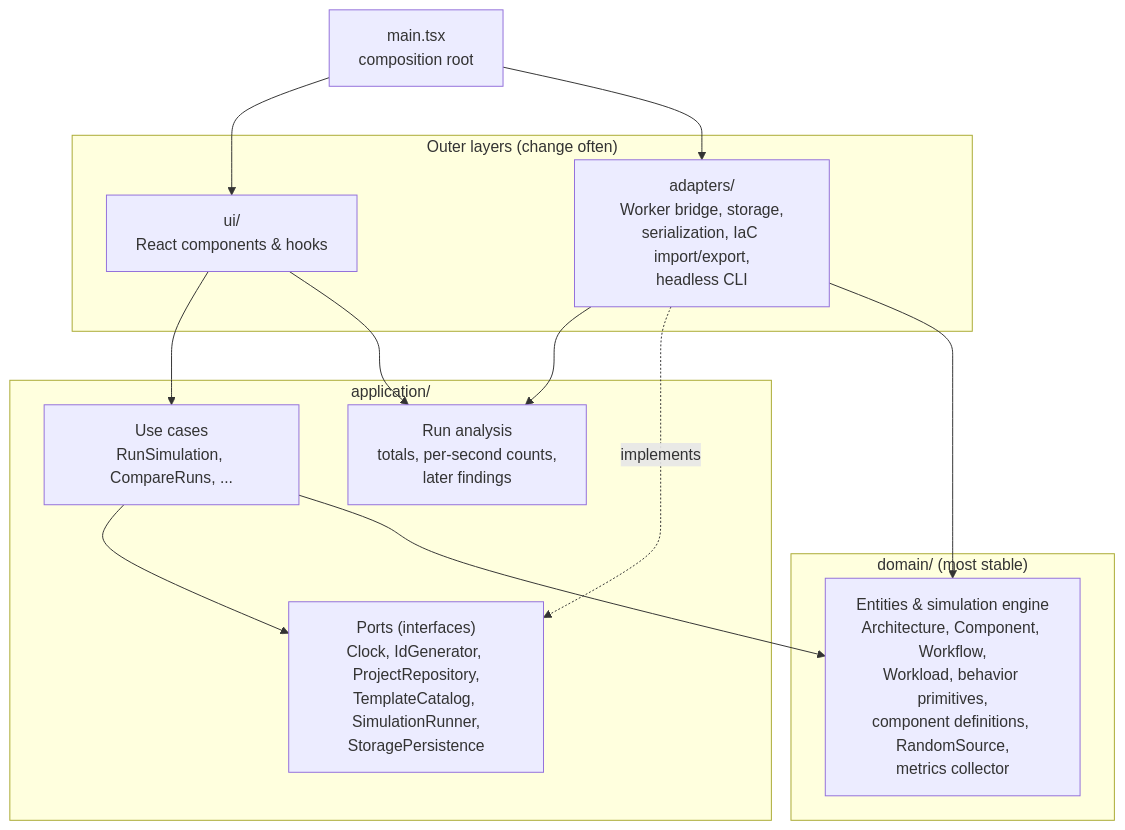
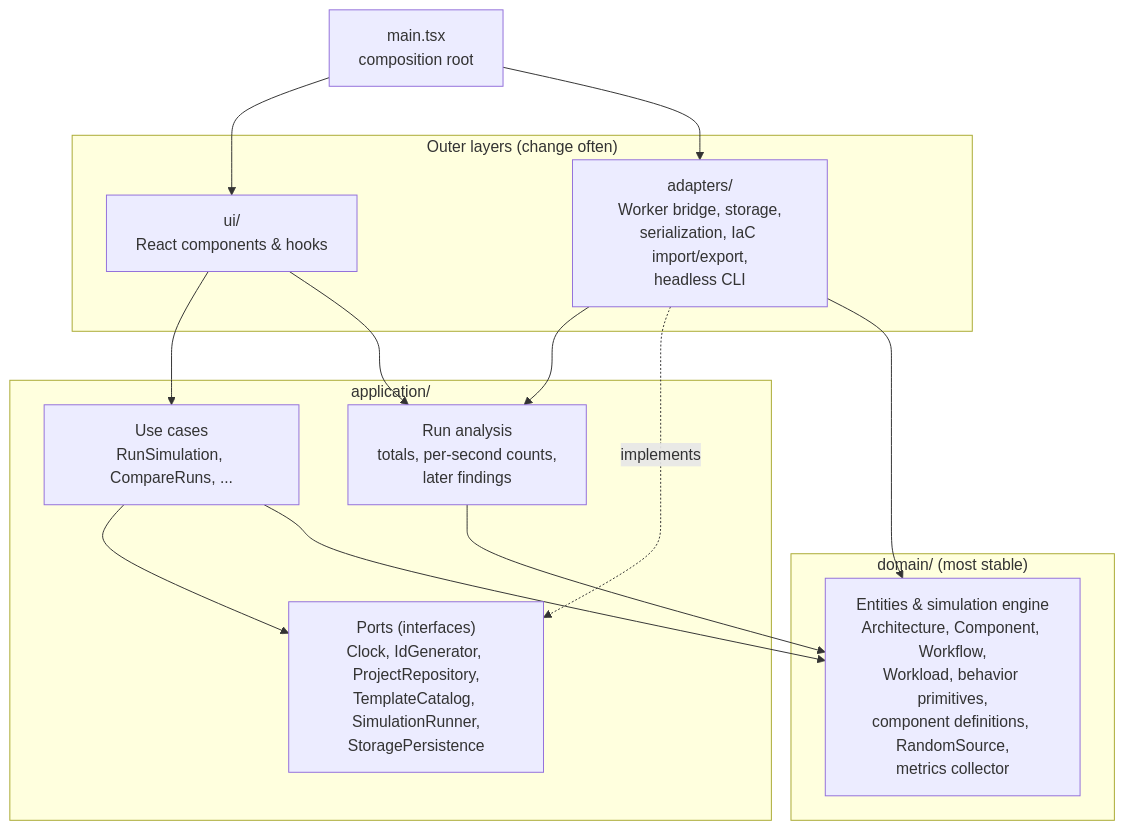
Before and after one commit to alanbickel/wind-tunnel: the fifth of 5 diagrams in docs/architecture/architecture-overview.md, drawn with Mermaid.

Commit message:
docs(architecture): show run analysis depending on domain in the layers diagram

````diff
--- a/docs/architecture/architecture-overview.md
+++ b/docs/architecture/architecture-overview.md
@@ -105,25 +105,26 @@
 ```mermaid
 flowchart TB
     subgraph outer["Outer layers (change often)"]
         UI["ui/<br/>React components & hooks"]
         AD["adapters/<br/>Worker bridge, storage,<br/>serialization, IaC import/export,<br/>headless CLI"]
     end
     subgraph app["application/"]
         UC["Use cases<br/>RunSimulation, CompareRuns, ..."]
         P["Ports (interfaces)<br/>Clock, IdGenerator, ProjectRepository,<br/>TemplateCatalog, SimulationRunner,<br/>StoragePersistence"]
         RA["Run analysis<br/>totals, per-second counts,<br/>later findings"]
     end
     subgraph dom["domain/ (most stable)"]
         D["Entities & simulation engine<br/>Architecture, Component, Workflow,<br/>Workload, behavior primitives,<br/>component definitions, RandomSource,<br/>metrics collector"]
     end
 
     UI --> UC
     UI --> RA
     AD --> RA
+    RA --> D
     AD -.->|implements| P
     UC --> P
     UC --> D
     AD --> D
     MAIN["main.tsx<br/>composition root"] --> UI
     MAIN --> AD
 ```
````
